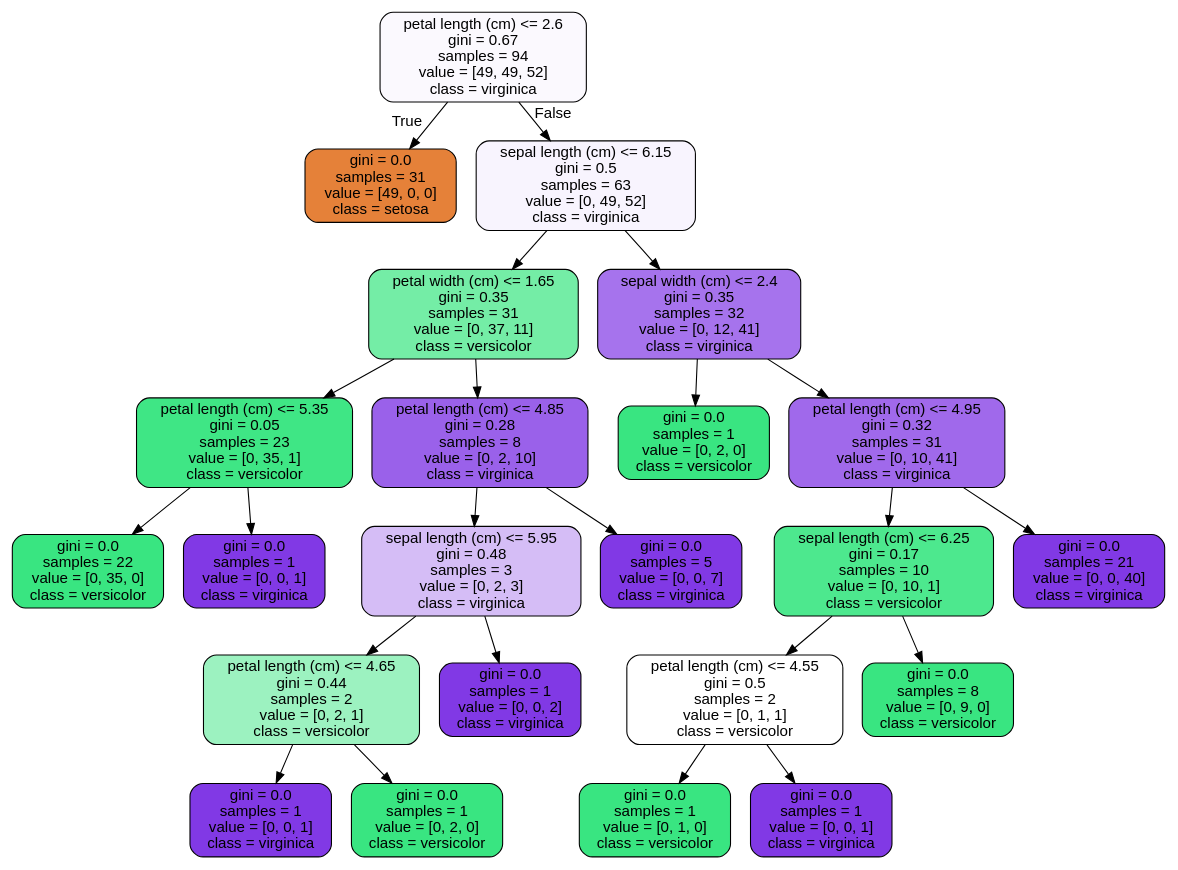
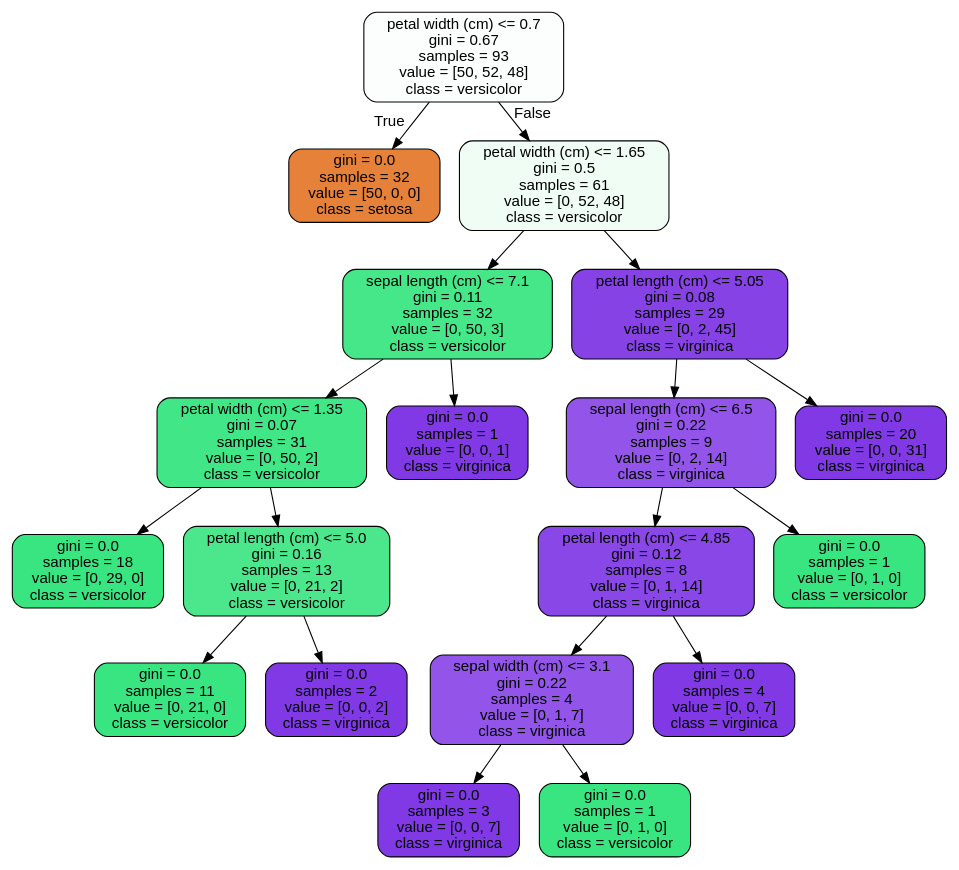
The diagram in RandomForestCovidCase Study/tree.dot (kemartin1919/Springboard), drawn with Graphviz before and after one commit. The commit also changed 6 other files, not shown here.

```diff
--- a/RandomForestCovidCase Study/tree.dot
+++ b/RandomForestCovidCase Study/tree.dot
@@ -1,49 +1,41 @@
 digraph Tree {
 node [shape=box, style="filled, rounded", color="black", fontname=helvetica] ;
 edge [fontname=helvetica] ;
-0 [label="petal length (cm) <= 2.6\ngini = 0.67\nsamples = 94\nvalue = [49, 49, 52]\nclass = virginica", fillcolor="#fbf9fe"] ;
-1 [label="gini = 0.0\nsamples = 31\nvalue = [49, 0, 0]\nclass = setosa", fillcolor="#e58139"] ;
+0 [label="petal width (cm) <= 0.7\ngini = 0.67\nsamples = 93\nvalue = [50, 52, 48]\nclass = versicolor", fillcolor="#fbfefc"] ;
+1 [label="gini = 0.0\nsamples = 32\nvalue = [50, 0, 0]\nclass = setosa", fillcolor="#e58139"] ;
 0 -> 1 [labeldistance=2.5, labelangle=45, headlabel="True"] ;
-2 [label="sepal length (cm) <= 6.15\ngini = 0.5\nsamples = 63\nvalue = [0, 49, 52]\nclass = virginica", fillcolor="#f8f4fe"] ;
+2 [label="petal width (cm) <= 1.65\ngini = 0.5\nsamples = 61\nvalue = [0, 52, 48]\nclass = versicolor", fillcolor="#f0fdf5"] ;
 0 -> 2 [labeldistance=2.5, labelangle=-45, headlabel="False"] ;
-3 [label="petal width (cm) <= 1.65\ngini = 0.35\nsamples = 31\nvalue = [0, 37, 11]\nclass = versicolor", fillcolor="#74eda6"] ;
+3 [label="sepal length (cm) <= 7.1\ngini = 0.11\nsamples = 32\nvalue = [0, 50, 3]\nclass = versicolor", fillcolor="#45e789"] ;
 2 -> 3 ;
-4 [label="petal length (cm) <= 5.35\ngini = 0.05\nsamples = 23\nvalue = [0, 35, 1]\nclass = versicolor", fillcolor="#3fe685"] ;
+4 [label="petal width (cm) <= 1.35\ngini = 0.07\nsamples = 31\nvalue = [0, 50, 2]\nclass = versicolor", fillcolor="#41e686"] ;
 3 -> 4 ;
-5 [label="gini = 0.0\nsamples = 22\nvalue = [0, 35, 0]\nclass = versicolor", fillcolor="#39e581"] ;
+5 [label="gini = 0.0\nsamples = 18\nvalue = [0, 29, 0]\nclass = versicolor", fillcolor="#39e581"] ;
 4 -> 5 ;
-6 [label="gini = 0.0\nsamples = 1\nvalue = [0, 0, 1]\nclass = virginica", fillcolor="#8139e5"] ;
+6 [label="petal length (cm) <= 5.0\ngini = 0.16\nsamples = 13\nvalue = [0, 21, 2]\nclass = versicolor", fillcolor="#4ce78d"] ;
 4 -> 6 ;
-7 [label="petal length (cm) <= 4.85\ngini = 0.28\nsamples = 8\nvalue = [0, 2, 10]\nclass = virginica", fillcolor="#9a61ea"] ;
-3 -> 7 ;
-8 [label="sepal length (cm) <= 5.95\ngini = 0.48\nsamples = 3\nvalue = [0, 2, 3]\nclass = virginica", fillcolor="#d5bdf6"] ;
-7 -> 8 ;
-9 [label="petal length (cm) <= 4.65\ngini = 0.44\nsamples = 2\nvalue = [0, 2, 1]\nclass = versicolor", fillcolor="#9cf2c0"] ;
-8 -> 9 ;
-10 [label="gini = 0.0\nsamples = 1\nvalue = [0, 0, 1]\nclass = virginica", fillcolor="#8139e5"] ;
-9 -> 10 ;
-11 [label="gini = 0.0\nsamples = 1\nvalue = [0, 2, 0]\nclass = versicolor", fillcolor="#39e581"] ;
-9 -> 11 ;
-12 [label="gini = 0.0\nsamples = 1\nvalue = [0, 0, 2]\nclass = virginica", fillcolor="#8139e5"] ;
-8 -> 12 ;
-13 [label="gini = 0.0\nsamples = 5\nvalue = [0, 0, 7]\nclass = virginica", fillcolor="#8139e5"] ;
-7 -> 13 ;
-14 [label="sepal width (cm) <= 2.4\ngini = 0.35\nsamples = 32\nvalue = [0, 12, 41]\nclass = virginica", fillcolor="#a673ed"] ;
-2 -> 14 ;
-15 [label="gini = 0.0\nsamples = 1\nvalue = [0, 2, 0]\nclass = versicolor", fillcolor="#39e581"] ;
-14 -> 15 ;
-16 [label="petal length (cm) <= 4.95\ngini = 0.32\nsamples = 31\nvalue = [0, 10, 41]\nclass = virginica", fillcolor="#a069eb"] ;
-14 -> 16 ;
-17 [label="sepal length (cm) <= 6.25\ngini = 0.17\nsamples = 10\nvalue = [0, 10, 1]\nclass = versicolor", fillcolor="#4de88e"] ;
-16 -> 17 ;
-18 [label="petal length (cm) <= 4.55\ngini = 0.5\nsamples = 2\nvalue = [0, 1, 1]\nclass = versicolor", fillcolor="#ffffff"] ;
-17 -> 18 ;
-19 [label="gini = 0.0\nsamples = 1\nvalue = [0, 1, 0]\nclass = versicolor", fillcolor="#39e581"] ;
-18 -> 19 ;
-20 [label="gini = 0.0\nsamples = 1\nvalue = [0, 0, 1]\nclass = virginica", fillcolor="#8139e5"] ;
-18 -> 20 ;
-21 [label="gini = 0.0\nsamples = 8\nvalue = [0, 9, 0]\nclass = versicolor", fillcolor="#39e581"] ;
-17 -> 21 ;
-22 [label="gini = 0.0\nsamples = 21\nvalue = [0, 0, 40]\nclass = virginica", fillcolor="#8139e5"] ;
-16 -> 22 ;
+7 [label="gini = 0.0\nsamples = 11\nvalue = [0, 21, 0]\nclass = versicolor", fillcolor="#39e581"] ;
+6 -> 7 ;
+8 [label="gini = 0.0\nsamples = 2\nvalue = [0, 0, 2]\nclass = virginica", fillcolor="#8139e5"] ;
+6 -> 8 ;
+9 [label="gini = 0.0\nsamples = 1\nvalue = [0, 0, 1]\nclass = virginica", fillcolor="#8139e5"] ;
+3 -> 9 ;
+10 [label="petal length (cm) <= 5.05\ngini = 0.08\nsamples = 29\nvalue = [0, 2, 45]\nclass = virginica", fillcolor="#8742e6"] ;
+2 -> 10 ;
+11 [label="sepal length (cm) <= 6.5\ngini = 0.22\nsamples = 9\nvalue = [0, 2, 14]\nclass = virginica", fillcolor="#9355e9"] ;
+10 -> 11 ;
+12 [label="petal length (cm) <= 4.85\ngini = 0.12\nsamples = 8\nvalue = [0, 1, 14]\nclass = virginica", fillcolor="#8a47e7"] ;
+11 -> 12 ;
+13 [label="sepal width (cm) <= 3.1\ngini = 0.22\nsamples = 4\nvalue = [0, 1, 7]\nclass = virginica", fillcolor="#9355e9"] ;
+12 -> 13 ;
+14 [label="gini = 0.0\nsamples = 3\nvalue = [0, 0, 7]\nclass = virginica", fillcolor="#8139e5"] ;
+13 -> 14 ;
+15 [label="gini = 0.0\nsamples = 1\nvalue = [0, 1, 0]\nclass = versicolor", fillcolor="#39e581"] ;
+13 -> 15 ;
+16 [label="gini = 0.0\nsamples = 4\nvalue = [0, 0, 7]\nclass = virginica", fillcolor="#8139e5"] ;
+12 -> 16 ;
+17 [label="gini = 0.0\nsamples = 1\nvalue = [0, 1, 0]\nclass = versicolor", fillcolor="#39e581"] ;
+11 -> 17 ;
+18 [label="gini = 0.0\nsamples = 20\nvalue = [0, 0, 31]\nclass = virginica", fillcolor="#8139e5"] ;
+10 -> 18 ;
 }
```
